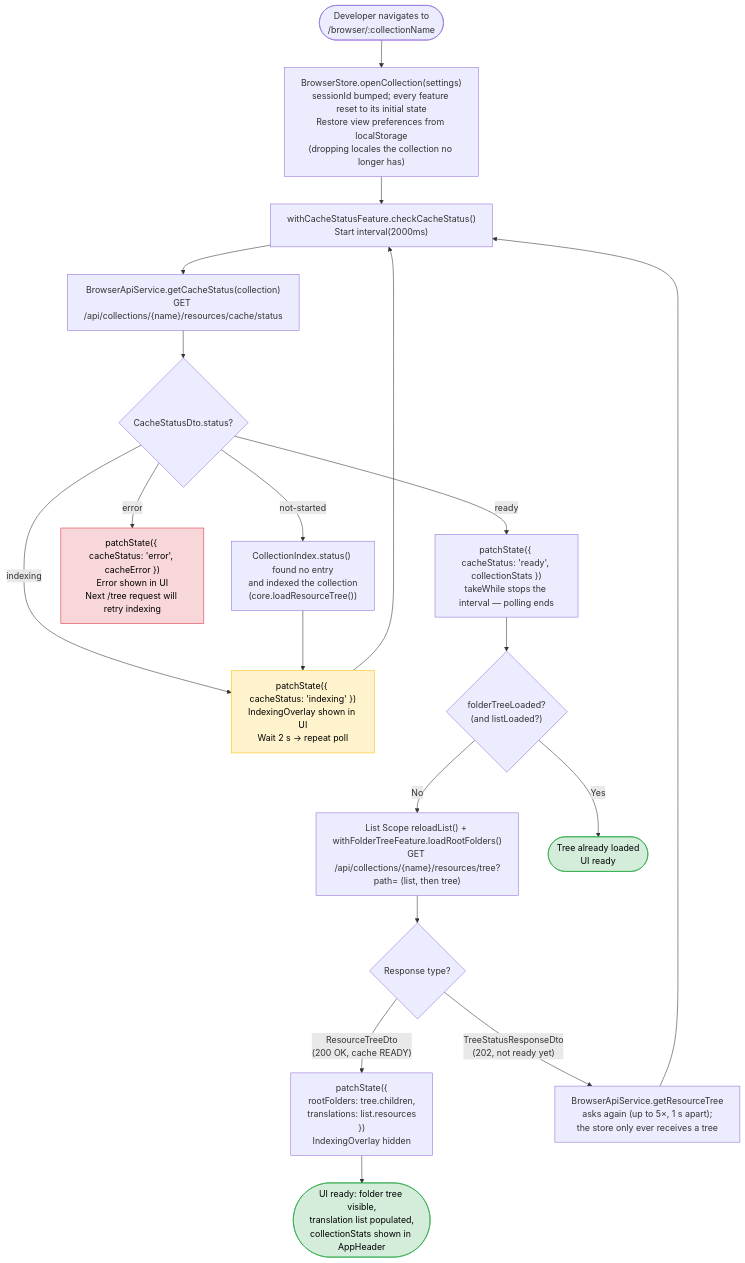
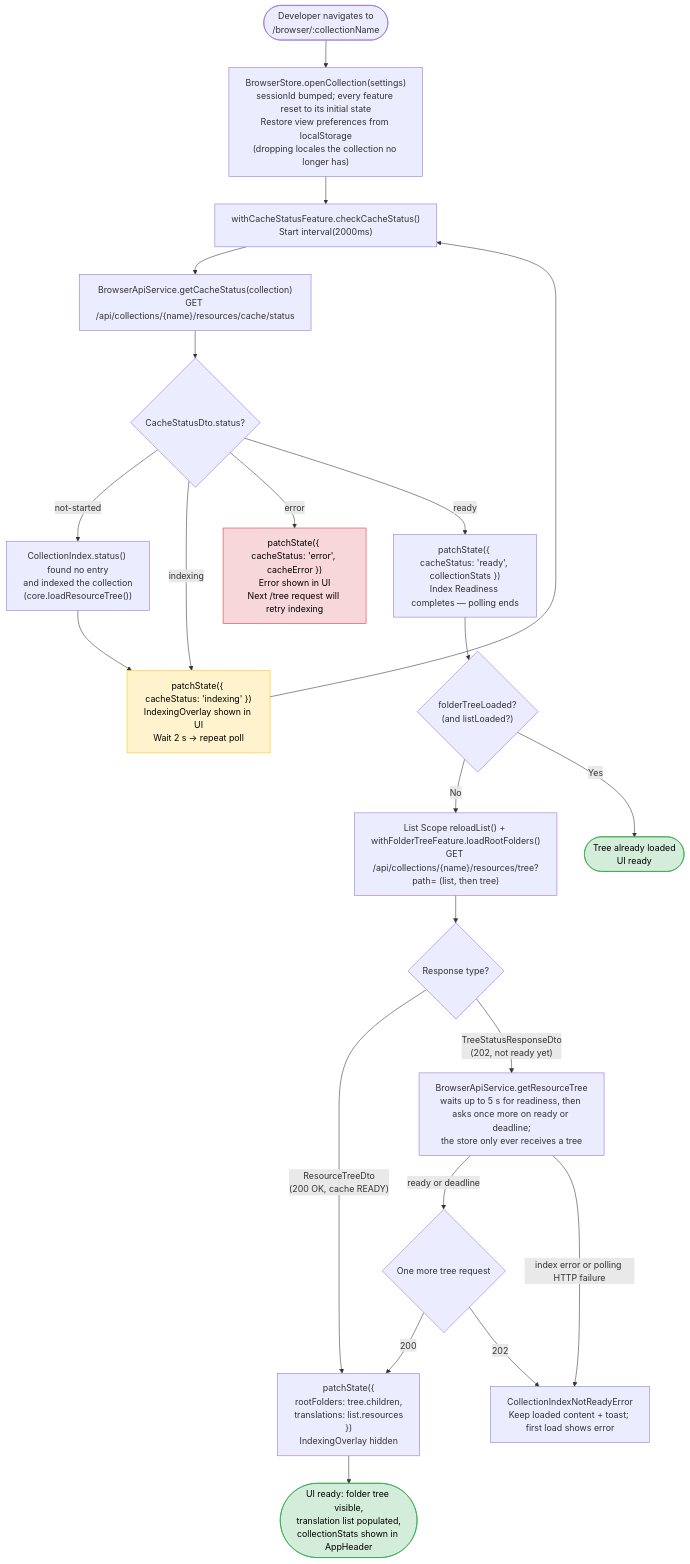
The eighth of 8 diagrams in architecture-docs/user-flows.md (SimonNodel-AI/lingo-tracker), drawn with Mermaid before and after one commit. The commit also changed other lines of this file and 19 other files, not shown here.

First line of the commit message:
refactor(tracker,api): one Index Readiness owns waiting for the Collection Index

````diff
--- a/architecture-docs/user-flows.md
+++ b/architecture-docs/user-flows.md
@@ -437,50 +437,53 @@
 ```mermaid
 flowchart TD
     START([Developer navigates to\n/browser/:collectionName]) --> SET_COLLECTION
 
     SET_COLLECTION["BrowserStore.openCollection(settings)\nsessionId bumped; every feature reset to its initial state\nRestore view preferences from localStorage\n(dropping locales the collection no longer has)"]
 
     SET_COLLECTION --> POLL_START["withCacheStatusFeature.checkCacheStatus()\nStart interval(2000ms)"]
 
     POLL_START --> CALL_STATUS["BrowserApiService.getCacheStatus(collection)\nGET /api/collections/{name}/resources/cache/status"]
 
     CALL_STATUS --> STATUS_CHECK{"CacheStatusDto.status?"}
 
     STATUS_CHECK -- "not-started" --> TRIGGER_INDEX
     STATUS_CHECK -- "indexing" --> WAIT_LOOP
 
     TRIGGER_INDEX["CollectionIndex.status() found no entry\nand indexed the collection\n(core.loadResourceTree())"]
 
     TRIGGER_INDEX --> WAIT_LOOP
 
     WAIT_LOOP["patchState({ cacheStatus: 'indexing' })\nIndexingOverlay shown in UI\nWait 2 s → repeat poll"]
 
     WAIT_LOOP --> POLL_START
 
     STATUS_CHECK -- "error" --> SHOW_ERROR
     SHOW_ERROR["patchState({ cacheStatus: 'error', cacheError })\nError shown in UI\nNext /tree request will retry indexing"]
 
-    STATUS_CHECK -- "ready" --> MARK_READY["patchState({ cacheStatus: 'ready', collectionStats })\ntakeWhile stops the interval — polling ends"]
+    STATUS_CHECK -- "ready" --> MARK_READY["patchState({ cacheStatus: 'ready', collectionStats })\nIndex Readiness completes — polling ends"]
 
     MARK_READY --> HAS_FOLDERS{"folderTreeLoaded?\n(and listLoaded?)"}
 
     HAS_FOLDERS -- No --> LOAD_TREE
     HAS_FOLDERS -- Yes --> DONE_INDEXED([Tree already loaded\nUI ready])
 
     LOAD_TREE["List Scope reloadList() + withFolderTreeFeature.loadRootFolders()\nGET /api/collections/{name}/resources/tree?path= (list, then tree)"]
 
     LOAD_TREE --> TREE_RESPONSE{"Response type?"}
 
     TREE_RESPONSE -- "ResourceTreeDto\n(200 OK, cache READY)" --> POPULATE["patchState({\n  rootFolders: tree.children,\n  translations: list.resources\n})\nIndexingOverlay hidden"]
 
-    TREE_RESPONSE -- "TreeStatusResponseDto\n(202, not ready yet)" --> LOAD_TREE_RETRY["BrowserApiService.getResourceTree\nasks again (up to 5×, 1 s apart);\nthe store only ever receives a tree"]
+    TREE_RESPONSE -- "TreeStatusResponseDto\n(202, not ready yet)" --> LOAD_TREE_RETRY["BrowserApiService.getResourceTree\nwaits up to 5 s for readiness, then asks once more on ready or deadline;\nthe store only ever receives a tree"]
 
-    LOAD_TREE_RETRY --> POLL_START
+    LOAD_TREE_RETRY -- "ready or deadline" --> SECOND_TREE{"One more tree request"}
+    LOAD_TREE_RETRY -- "index error or polling HTTP failure" --> TREE_ERROR["CollectionIndexNotReadyError\nKeep loaded content + toast; first load shows error"]
+    SECOND_TREE -- "200" --> POPULATE
+    SECOND_TREE -- "202" --> TREE_ERROR
 
     POPULATE --> DONE([UI ready: folder tree visible,\ntranslation list populated,\ncollectionStats shown in AppHeader])
 
     style SHOW_ERROR fill:#f8d7da,stroke:#dc3545,color:#000
     style DONE fill:#d4edda,stroke:#28a745,color:#000
     style DONE_INDEXED fill:#d4edda,stroke:#28a745,color:#000
     style WAIT_LOOP fill:#fff3cd,stroke:#ffc107,color:#000
 ```
````
